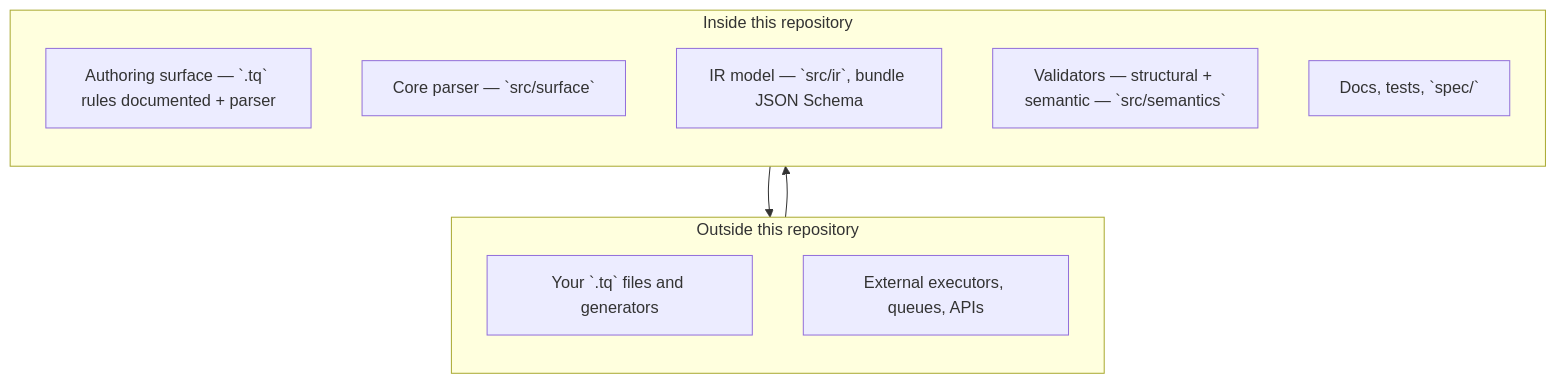
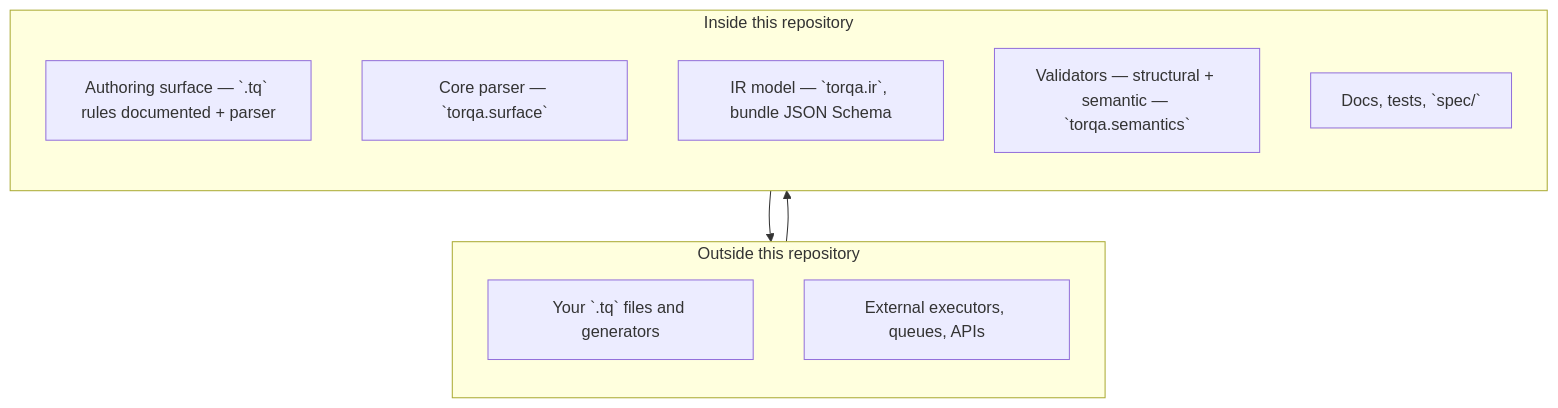
The second of 4 diagrams in docs/diagrams.md (kadireren7/ai-ir-programming-system), drawn with Mermaid before and after one commit. The commit also changed 152 other files, not shown here.

````diff
--- a/docs/diagrams.md
+++ b/docs/diagrams.md
@@ -37,20 +37,20 @@
 ```mermaid
 flowchart TB
   subgraph OUT["Outside this repository"]
     direction TB
     U[Your `.tq` files and generators]
     X[External executors, queues, APIs]
   end
 
   subgraph REPO["Inside this repository"]
     direction TB
     S[Authoring surface — `.tq` rules documented + parser]
-    P[Core parser — `src/surface`]
-    I[IR model — `src/ir`, bundle JSON Schema]
-    V[Validators — structural + semantic — `src/semantics`]
+    P[Core parser — `torqa.surface`]
+    I[IR model — `torqa.ir`, bundle JSON Schema]
+    V[Validators — structural + semantic — `torqa.semantics`]
     D[Docs, tests, `spec/`]
   end
 
   U --> P
   V --> X
 ```
````
